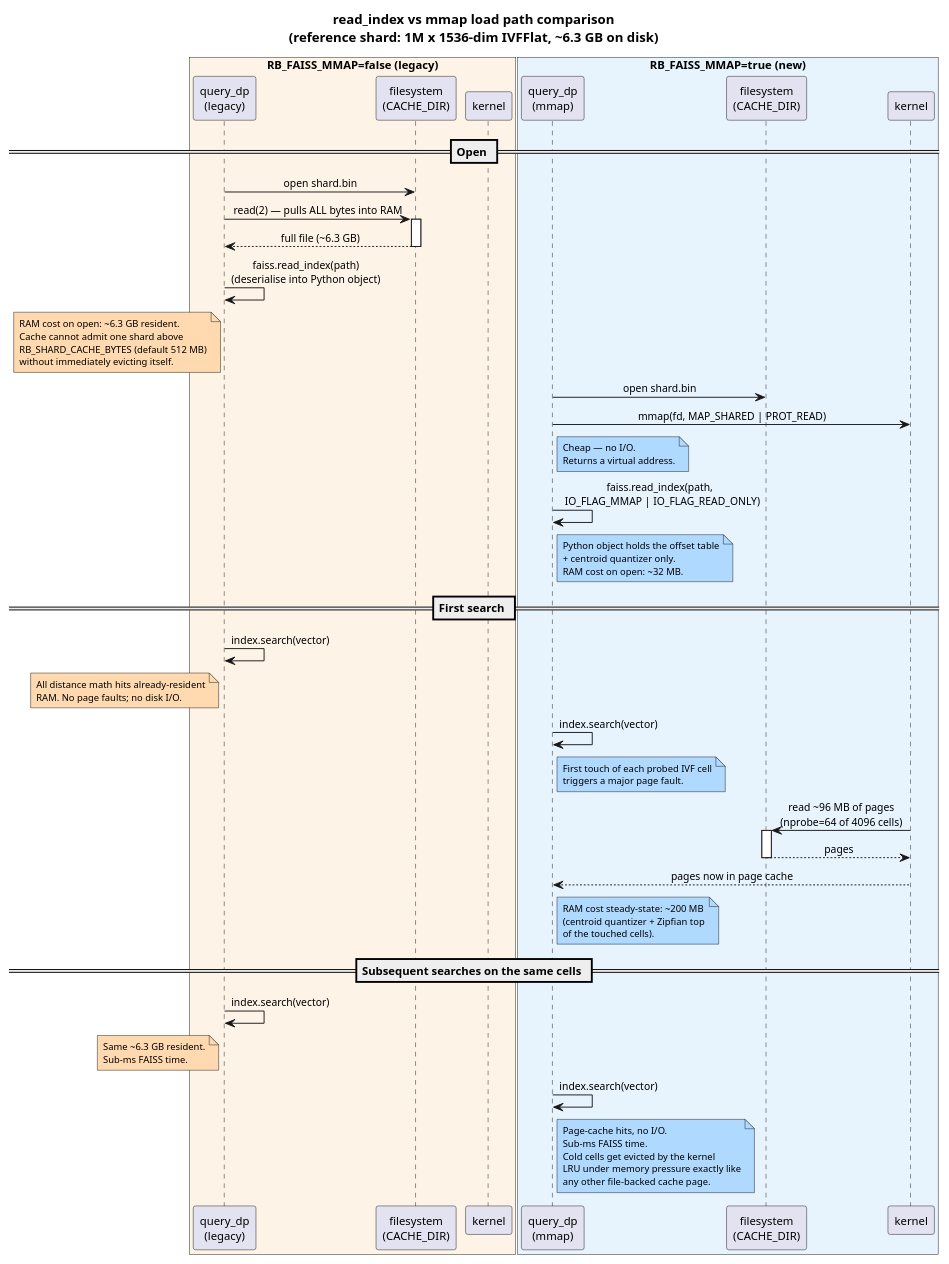
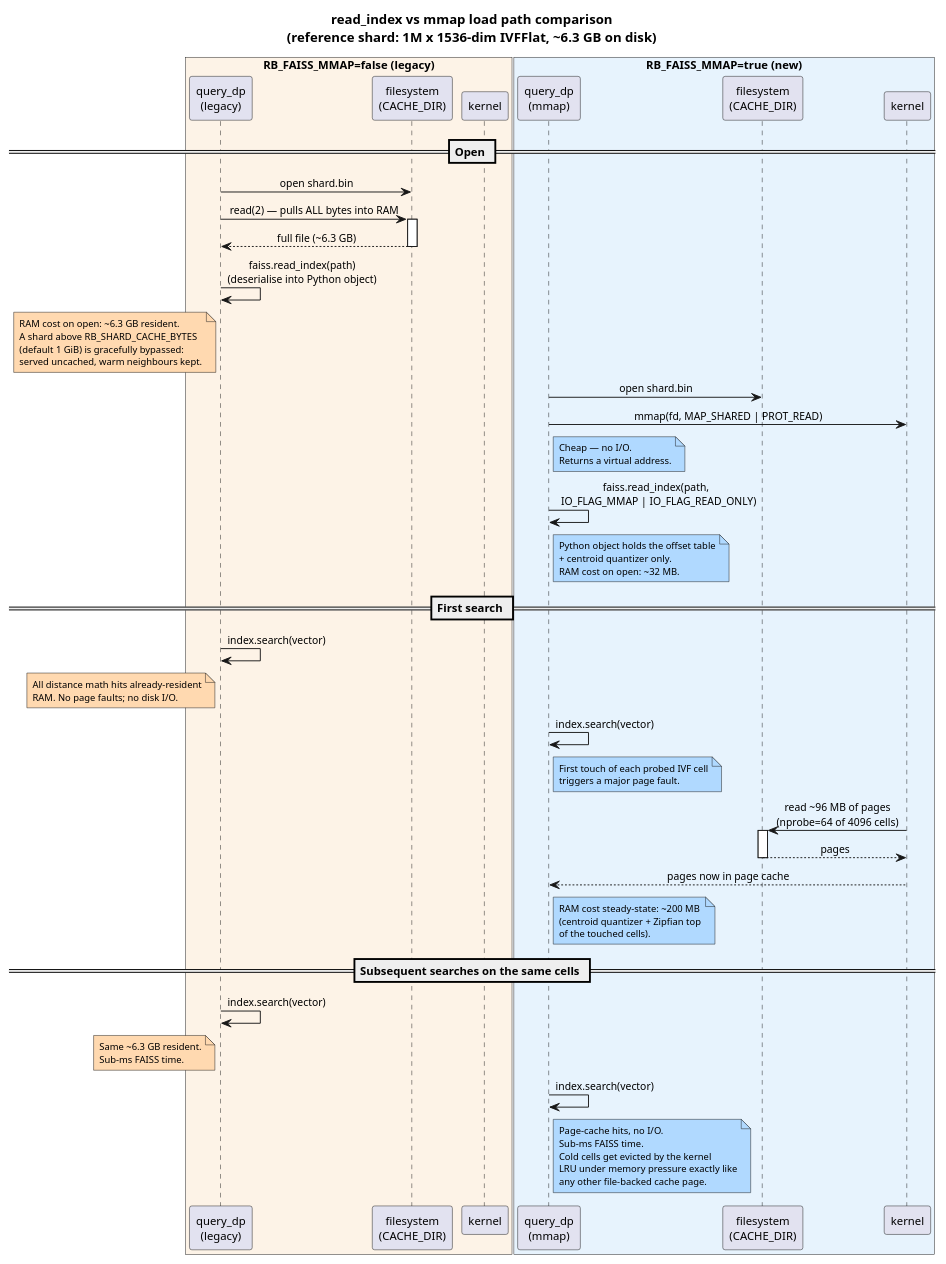
Before and after one commit to rosalinddb/rosalinddb: the diagram in docs/architecture/diagrams/mmap-comparison.puml, drawn with PlantUML. The commit also changed 8 other files, not shown here.

First line of the commit message:
docs+fix(query): correct shard-cache docs to 1 GiB/graceful-bypass; bound _OVERSIZE_WARNED (#25 follow-up)

```diff
--- a/docs/architecture/diagrams/mmap-comparison.puml
+++ b/docs/architecture/diagrams/mmap-comparison.puml
@@ -1,92 +1,92 @@
 @startuml mmap-comparison
 title read_index vs mmap load path comparison\n(reference shard: 1M x 1536-dim IVFFlat, ~6.3 GB on disk)
 
 skinparam shadowing false
 skinparam defaultFontName Helvetica
 skinparam defaultFontSize 12
 skinparam ArrowFontSize 11
 skinparam NoteFontSize 10
 skinparam sequenceMessageAlign center
 
 box "RB_FAISS_MMAP=false (legacy)" #FDF3E7
   participant "query_dp\n(legacy)" as dpL
   participant "filesystem\n(CACHE_DIR)" as fsL
   participant "kernel" as kernL
 end box
 
 box "RB_FAISS_MMAP=true (new)" #E7F3FD
   participant "query_dp\n(mmap)" as dpR
   participant "filesystem\n(CACHE_DIR)" as fsR
   participant "kernel" as kernR
 end box
 
 == Open ==
 
 dpL -> fsL : open shard.bin
 dpL -> fsL : read(2) — pulls ALL bytes into RAM
 activate fsL
 fsL --> dpL : full file (~6.3 GB)
 deactivate fsL
 dpL -> dpL : faiss.read_index(path)\n(deserialise into Python object)
 note left of dpL #FFD9B0
   RAM cost on open: ~6.3 GB resident.
-  Cache cannot admit one shard above
-  RB_SHARD_CACHE_BYTES (default 512 MB)
-  without immediately evicting itself.
+  A shard above RB_SHARD_CACHE_BYTES
+  (default 1 GiB) is gracefully bypassed:
+  served uncached, warm neighbours kept.
 end note
 
 dpR -> fsR : open shard.bin
 dpR -> kernR : mmap(fd, MAP_SHARED | PROT_READ)
 note right of dpR #B0D9FF
   Cheap — no I/O.
   Returns a virtual address.
 end note
 dpR -> dpR : faiss.read_index(path,\n  IO_FLAG_MMAP | IO_FLAG_READ_ONLY)
 note right of dpR #B0D9FF
   Python object holds the offset table
   + centroid quantizer only.
   RAM cost on open: ~32 MB.
 end note
 
 == First search ==
 
 dpL -> dpL : index.search(vector)
 note left of dpL #FFD9B0
   All distance math hits already-resident
   RAM. No page faults; no disk I/O.
 end note
 
 dpR -> dpR : index.search(vector)
 note right of dpR #B0D9FF
   First touch of each probed IVF cell
   triggers a major page fault.
 end note
 kernR -> fsR : read ~96 MB of pages\n(nprobe=64 of 4096 cells)
 activate fsR
 fsR --> kernR : pages
 deactivate fsR
 kernR --> dpR : pages now in page cache
 note right of dpR #B0D9FF
   RAM cost steady-state: ~200 MB
   (centroid quantizer + Zipfian top
   of the touched cells).
 end note
 
 == Subsequent searches on the same cells ==
 
 dpL -> dpL : index.search(vector)
 note left of dpL #FFD9B0
   Same ~6.3 GB resident.
   Sub-ms FAISS time.
 end note
 
 dpR -> dpR : index.search(vector)
 note right of dpR #B0D9FF
   Page-cache hits, no I/O.
   Sub-ms FAISS time.
   Cold cells get evicted by the kernel
   LRU under memory pressure exactly like
   any other file-backed cache page.
 end note
 
 @enduml
```
